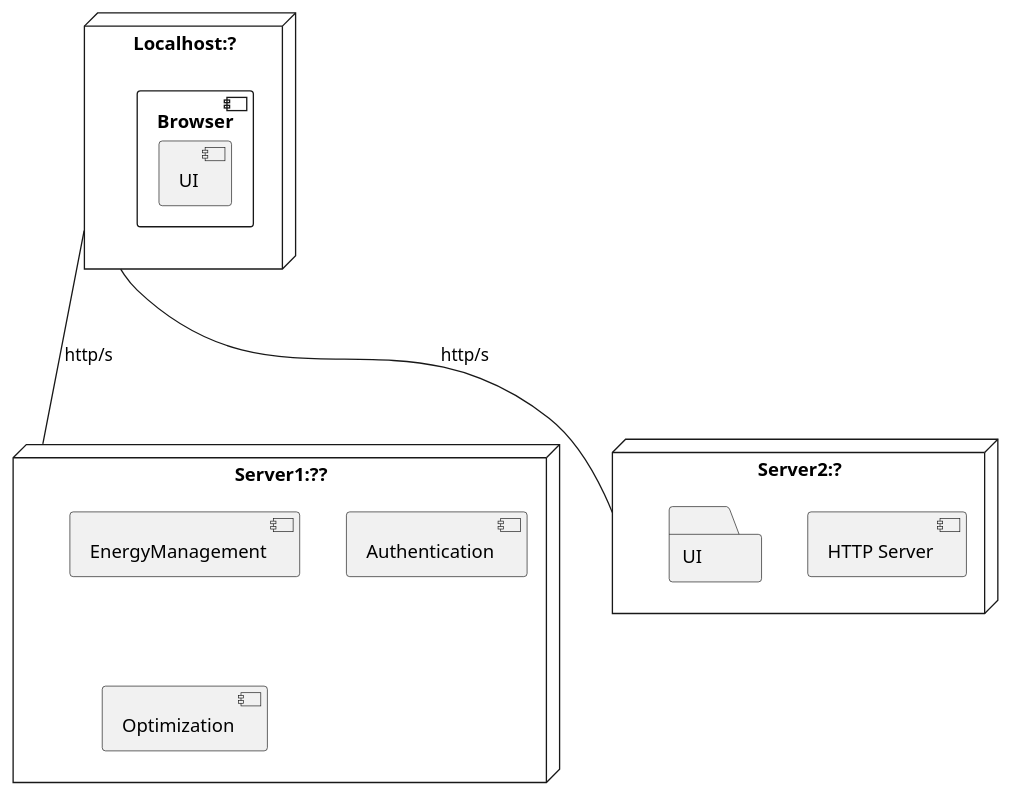
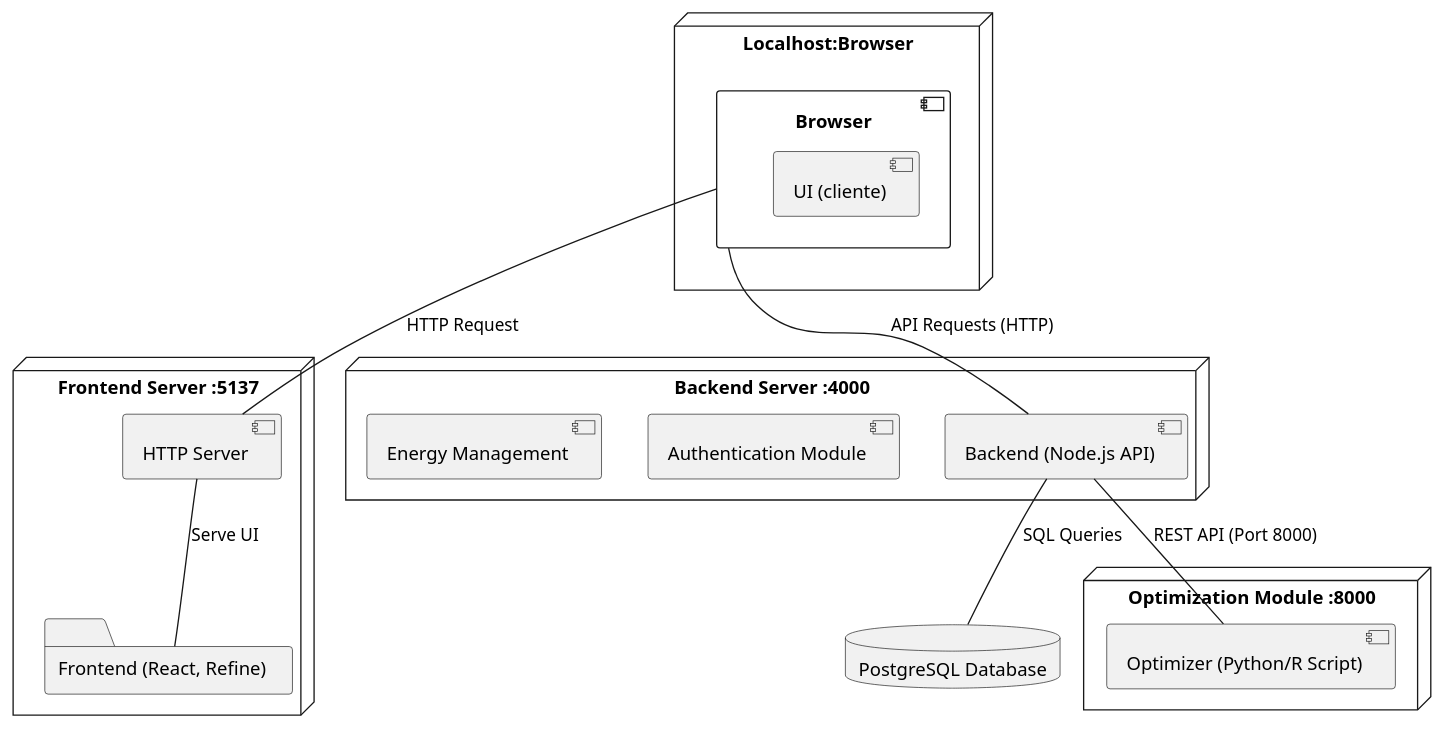
The diagram in Documentation/Physical View/PhysicalView.puml (Phenriquerafael/EnergyComunitiesPlatform), drawn with PlantUML before and after one commit. The commit also changed other lines of this file and 64 other files, not shown here.

```diff
--- a/Documentation/Physical View/PhysicalView.puml
+++ b/Documentation/Physical View/PhysicalView.puml
@@ -2,23 +1,35 @@
 @startuml
-    top to bottom direction
-    node localhost as "Localhost:?"{
-        component Browser{
-            component UI
-        }
-        
+top to bottom direction
+
+node localhost as "Localhost:Browser" {
+    component Browser {
+        component UI_Client as "UI (cliente)"
     }
-    node server1 as "Server1:??"{
-        component EM as "EnergyManagement"
-        component Auth as "Authentication"
-        component Optimization
-    }
+}
 
-    node server2 as "Server2:?"{
-        component HTTP as "HTTP Server"
-        folder U_I as "UI"
-    }
+node frontendServer as "Frontend Server :5137" {
+    component HTTP_Server as "HTTP Server"
+    folder UI_App as "Frontend (React, Refine)"
+}
 
-    localhost ---  server2 : http/s
-    localhost ---server1 : http/s
+node backendServer as "Backend Server :4000" {
+    component Backend_API as "Backend (Node.js API)"
+    component Auth as "Authentication Module"
+    component EnergyManagement as "Energy Management"
+}
+
+node optimizationServer as "Optimization Module :8000" {
+    component Optimizer as "Optimizer (Python/R Script)"
+}
+
+database db as "PostgreSQL Database"
+
+' Conexões
+Browser -- HTTP_Server : HTTP Request
+HTTP_Server -- UI_App : Serve UI
+
+Browser -- Backend_API : API Requests (HTTP)
+Backend_API -- Optimizer : REST API (Port 8000)
+Backend_API -- db : SQL Queries
 
 @enduml
```
